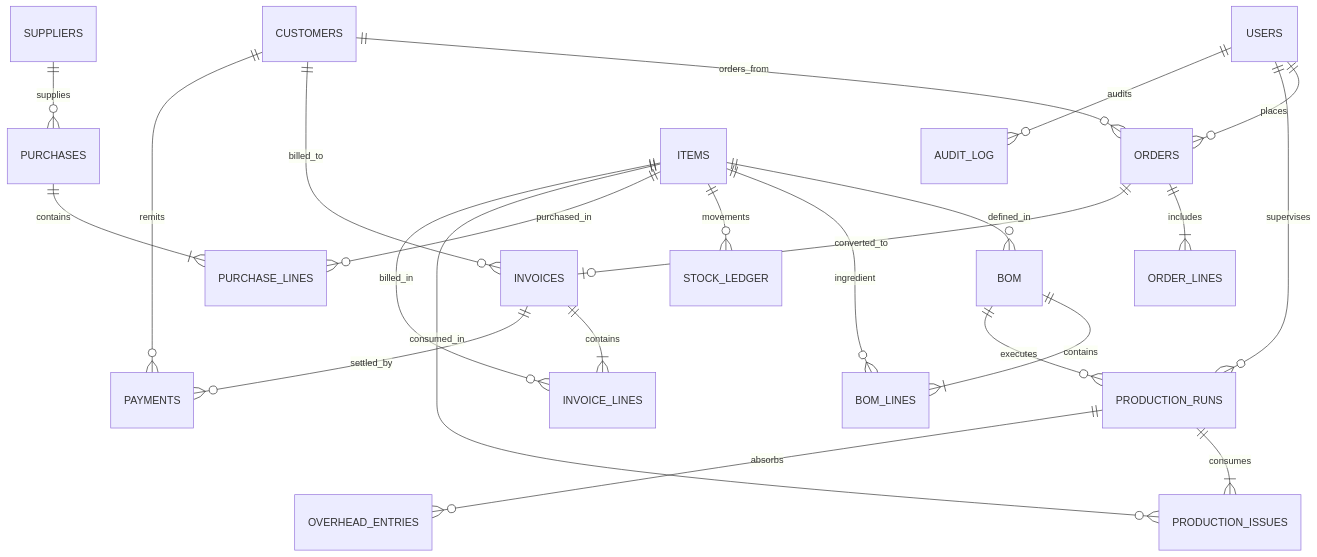
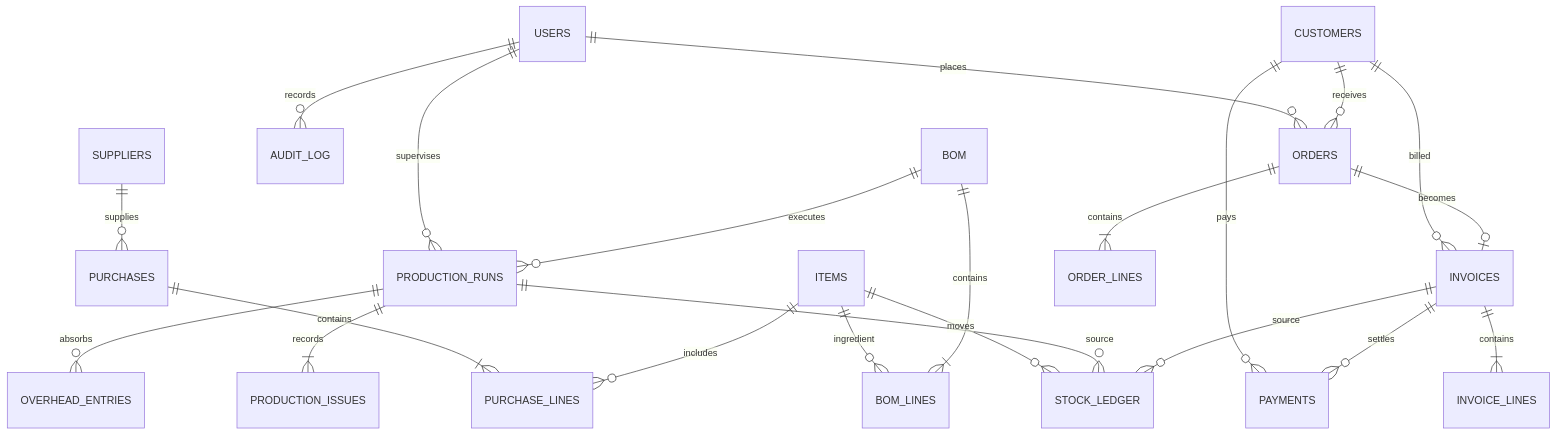
The diagram in DESIGN.md (shreedharkb/order-to-audit), drawn with Mermaid before and after one commit. The commit also changed other lines of this file and 54 other files, not shown here.

````diff
--- a/DESIGN.md
+++ b/DESIGN.md
@@ -53,25 +9,24 @@
 ```mermaid
 erDiagram
     USERS ||--o{ ORDERS : places
     USERS ||--o{ PRODUCTION_RUNS : supervises
-    USERS ||--o{ AUDIT_LOG : audits
-    CUSTOMERS ||--o{ ORDERS : orders_from
-    CUSTOMERS ||--o{ INVOICES : billed_to
-    CUSTOMERS ||--o{ PAYMENTS : remits
+    USERS ||--o{ AUDIT_LOG : records
+    CUSTOMERS ||--o{ ORDERS : receives
+    CUSTOMERS ||--o{ INVOICES : billed
+    CUSTOMERS ||--o{ PAYMENTS : pays
     SUPPLIERS ||--o{ PURCHASES : supplies
-    ITEMS ||--o{ BOM : defined_in
+    PURCHASES ||--|{ PURCHASE_LINES : contains
+    ITEMS ||--o{ PURCHASE_LINES : includes
     ITEMS ||--o{ BOM_LINES : ingredient
-    ITEMS ||--o{ STOCK_LEDGER : movements
-    ITEMS ||--o{ PURCHASE_LINES : purchased_in
-    ITEMS ||--o{ PRODUCTION_ISSUES : consumed_in
-    ITEMS ||--o{ INVOICE_LINES : billed_in
+    ITEMS ||--o{ STOCK_LEDGER : moves
     BOM ||--|{ BOM_LINES : contains
     BOM ||--o{ PRODUCTION_RUNS : executes
-    ORDERS ||--|{ ORDER_LINES : includes
-    ORDERS ||--o| INVOICES : converted_to
+    PRODUCTION_RUNS ||--|{ PRODUCTION_ISSUES : records
+    PRODUCTION_RUNS ||--o{ OVERHEAD_ENTRIES : absorbs
+    PRODUCTION_RUNS ||--o{ STOCK_LEDGER : source
+    ORDERS ||--|{ ORDER_LINES : contains
+    ORDERS ||--o| INVOICES : becomes
     INVOICES ||--|{ INVOICE_LINES : contains
-    INVOICES ||--o{ PAYMENTS : settled_by
-    PURCHASES ||--|{ PURCHASE_LINES : contains
-    PRODUCTION_RUNS ||--|{ PRODUCTION_ISSUES : consumes
-    PRODUCTION_RUNS ||--o{ OVERHEAD_ENTRIES : absorbs
+    INVOICES ||--o{ STOCK_LEDGER : source
+    INVOICES ||--o{ PAYMENTS : settles
 ```
````
